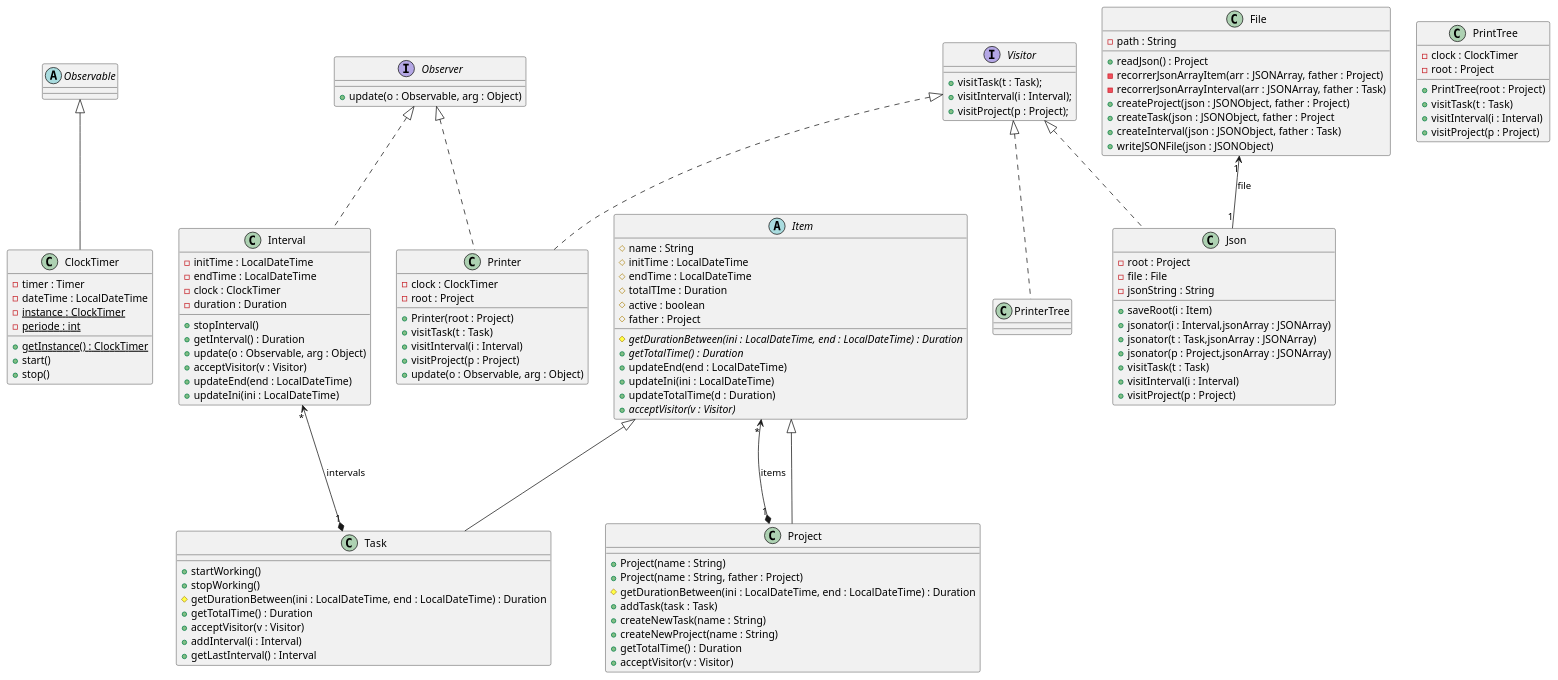
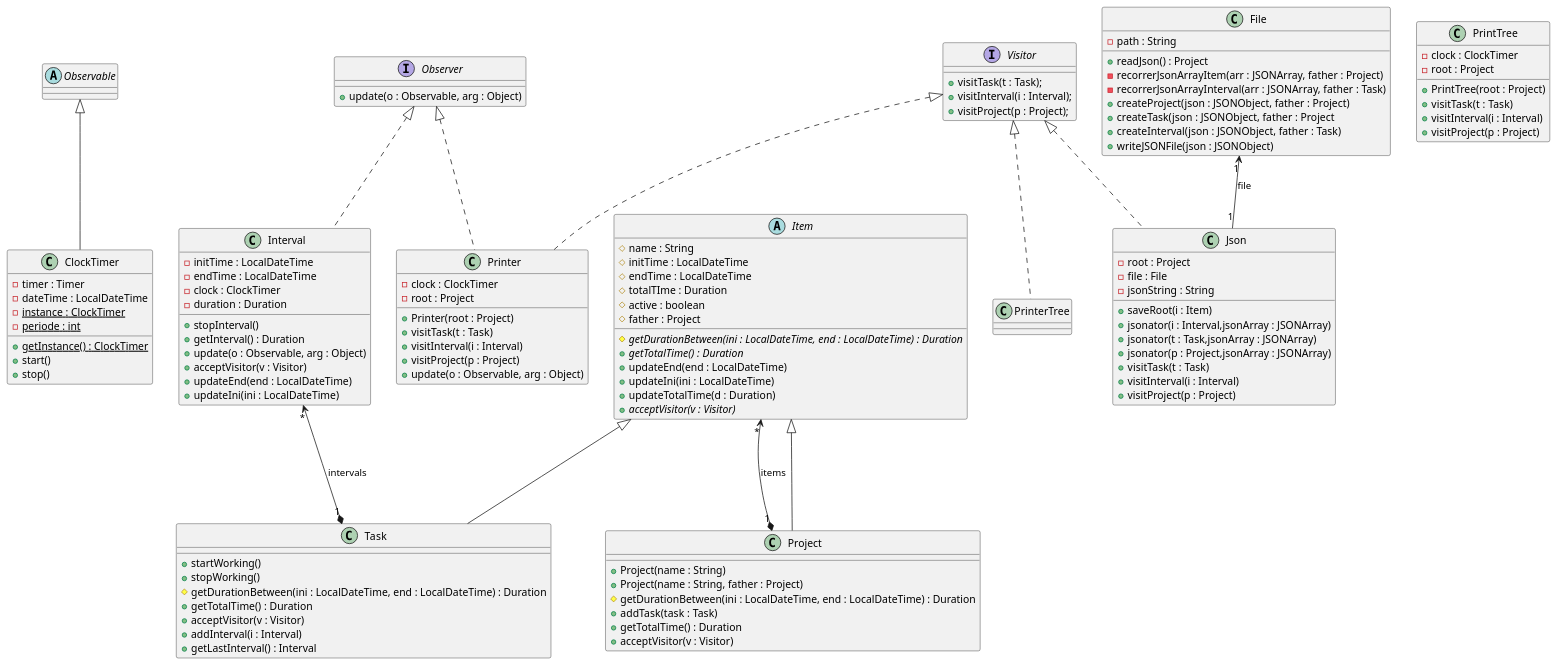
Before and after one commit to ewyalcuadrao/DS_practica: the diagram in diagrama_TimeTracker.puml, drawn with PlantUML. The commit also changed 12 other files, not shown here.

```diff
--- a/diagrama_TimeTracker.puml
+++ b/diagrama_TimeTracker.puml
@@ -1,130 +1,128 @@
 @startuml
 abstract Observable{
 
 }
 
 interface Observer{
 + update(o : Observable, arg : Object)
 }
 
 abstract Item{
 # name : String
 # initTime : LocalDateTime
 # endTime : LocalDateTime
 # totalTIme : Duration
 # active : boolean
 # father : Project
 # {abstract} getDurationBetween(ini : LocalDateTime, end : LocalDateTime) : Duration
 + {abstract} getTotalTime() : Duration
 + updateEnd(end : LocalDateTime)
 + updateIni(ini : LocalDateTime)
 + updateTotalTime(d : Duration)
 + {abstract} acceptVisitor(v : Visitor)
 }
 
 
 class Project{
 + Project(name : String)
 + Project(name : String, father : Project)
 # getDurationBetween(ini : LocalDateTime, end : LocalDateTime) : Duration
 + addTask(task : Task)
-+ createNewTask(name : String)
-+ createNewProject(name : String)
 + getTotalTime() : Duration
 + acceptVisitor(v : Visitor)
 }
 
 class Task{
 + startWorking()
 + stopWorking()
 # getDurationBetween(ini : LocalDateTime, end : LocalDateTime) : Duration
 + getTotalTime() : Duration
 + acceptVisitor(v : Visitor)
 + addInterval(i : Interval)
 + getLastInterval() : Interval
 }
 
 class Interval{
 - initTime : LocalDateTime
 - endTime : LocalDateTime
 - clock : ClockTimer
 - duration : Duration
 + stopInterval()
 + getInterval() : Duration
 + update(o : Observable, arg : Object)
 + acceptVisitor(v : Visitor)
 + updateEnd(end : LocalDateTime)
 + updateIni(ini : LocalDateTime)
 }
 
 class ClockTimer{
 - timer : Timer
 - dateTime : LocalDateTime
 - {static} instance : ClockTimer
 - {static} periode : int
 + {static} getInstance() : ClockTimer
 + start()
 + stop()
 }
 
 interface Visitor{
 + visitTask(t : Task);
 + visitInterval(i : Interval);
 + visitProject(p : Project);
 }
 
 class Printer{
 - clock : ClockTimer
 - root : Project
 + Printer(root : Project)
 + visitTask(t : Task)
 + visitInterval(i : Interval)
 + visitProject(p : Project)
 + update(o : Observable, arg : Object)
 }
 
 class Json{
 - root : Project
 - file : File
 - jsonString : String
 + saveRoot(i : Item)
 + jsonator(i : Interval,jsonArray : JSONArray)
 + jsonator(t : Task,jsonArray : JSONArray)
 + jsonator(p : Project,jsonArray : JSONArray)
 + visitTask(t : Task)
 + visitInterval(i : Interval)
 + visitProject(p : Project)
 }
 
 class File{
 - path : String
 + readJson() : Project
 - recorrerJsonArrayItem(arr : JSONArray, father : Project)
 - recorrerJsonArrayInterval(arr : JSONArray, father : Task)
 + createProject(json : JSONObject, father : Project)
 + createTask(json : JSONObject, father : Project
 + createInterval(json : JSONObject, father : Task)
 + writeJSONFile(json : JSONObject)
 }
 
 class PrintTree{
 - clock : ClockTimer
 - root : Project
 + PrintTree(root : Project)
 + visitTask(t : Task)
 + visitInterval(i : Interval)
 + visitProject(p : Project)
 }
 
 Item <|--- Project
 Item <|--- Task
 Item "*"<---*"1" Project : items
 Interval "*"<---*"1" Task : intervals
 Observer <|.. Interval
 Observable <|-- ClockTimer
 Observer <|.. Printer
 Visitor <|.. Printer
 Visitor <|.. Json
 File "1"<--"1" Json : file
 Visitor <|.. PrinterTree
 @enduml
```
